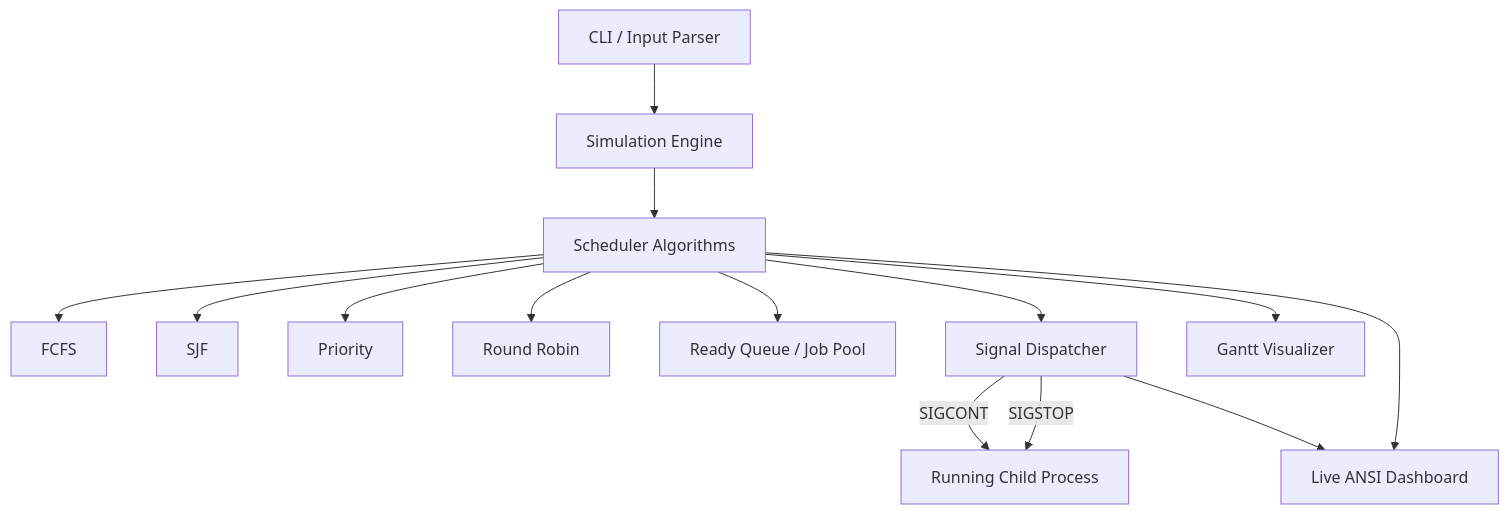
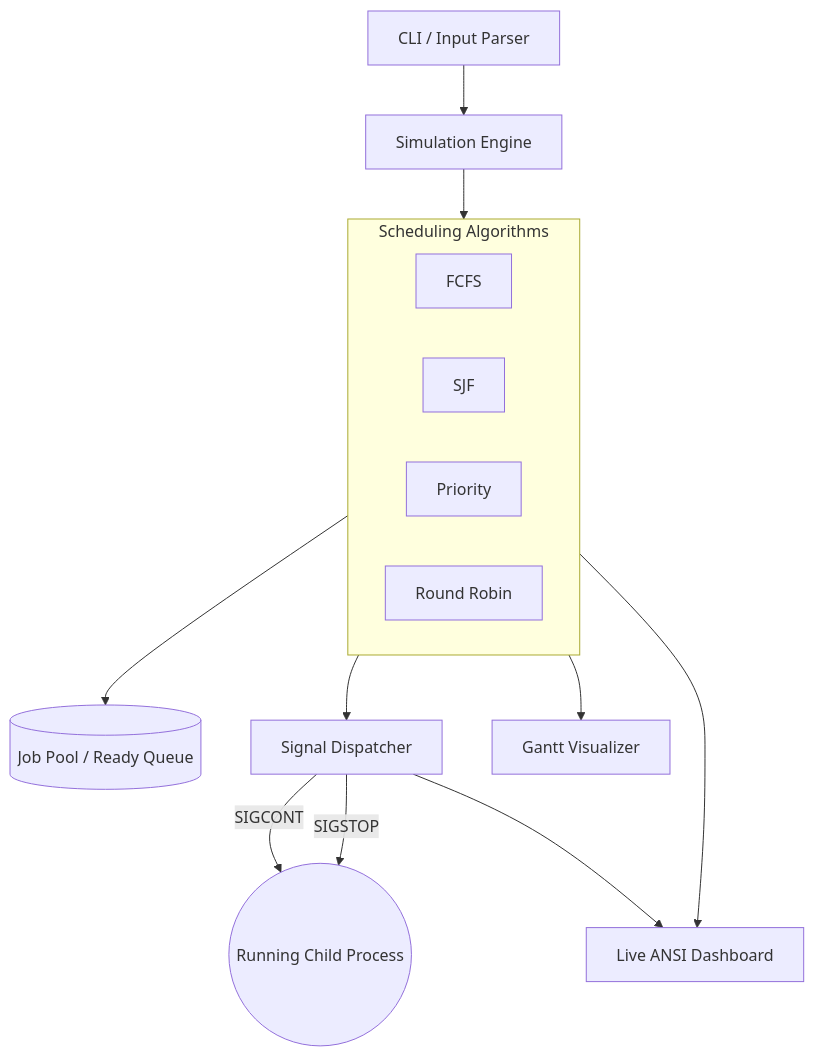
One commit to Avrhambi/CPU_Scheduler changed the diagram in README.md. Above: the diagram before and after it, drawn with Mermaid.

Commit message:
Docs: Refine architecture diagram using Mermaid subgraphs

````diff
--- a/README.md
+++ b/README.md
@@ -7,19 +7,22 @@
 ```mermaid
 graph TD
     CLI[CLI / Input Parser] --> Engine[Simulation Engine]
-    Engine --> Scheduler[Scheduler Algorithms]
-    Scheduler --> FCFS[FCFS]
-    Scheduler --> SJF[SJF]
-    Scheduler --> Prio[Priority]
-    Scheduler --> RR[Round Robin]
     
-    Scheduler --> Q[Ready Queue / Job Pool]
-    Scheduler --> Dispatcher[Signal Dispatcher]
+    Engine --> Schedulers
     
-    Dispatcher -- SIGCONT --> Proc[Running Child Process]
+    subgraph Schedulers [Scheduling Algorithms]
+        FCFS
+        SJF
+        Prio[Priority]
+        RR[Round Robin]
+    end
+    
+    Schedulers --> Q[(Job Pool / Ready Queue)]
+    Schedulers --> Dispatcher[Signal Dispatcher]
+    Schedulers --> Gantt[Gantt Visualizer]
+    Schedulers --> Dash[Live ANSI Dashboard]
+    
+    Dispatcher -- SIGCONT --> Proc((Running Child Process))
     Dispatcher -- SIGSTOP --> Proc
-    
-    Dispatcher --> Dash[Live ANSI Dashboard]
-    Scheduler --> Dash
-    Scheduler --> Gantt[Gantt Visualizer]
+    Dispatcher --> Dash
 ```
````
